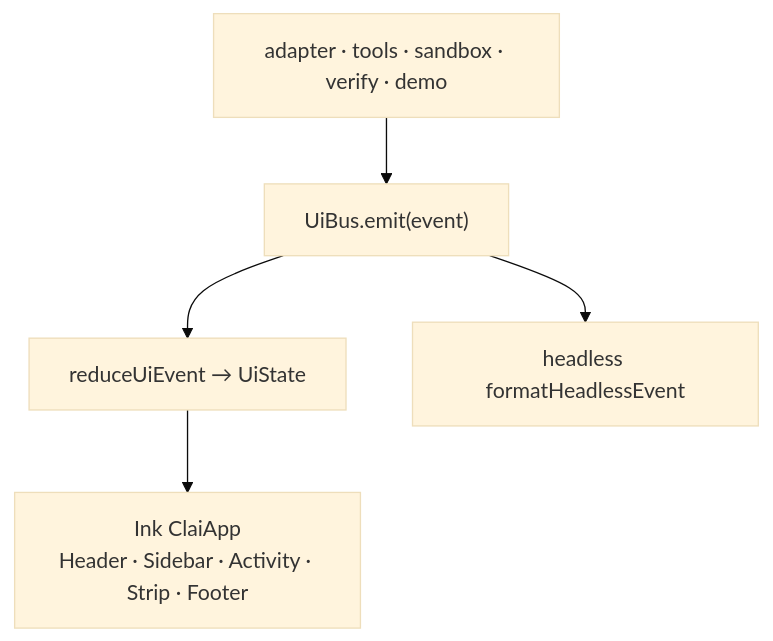
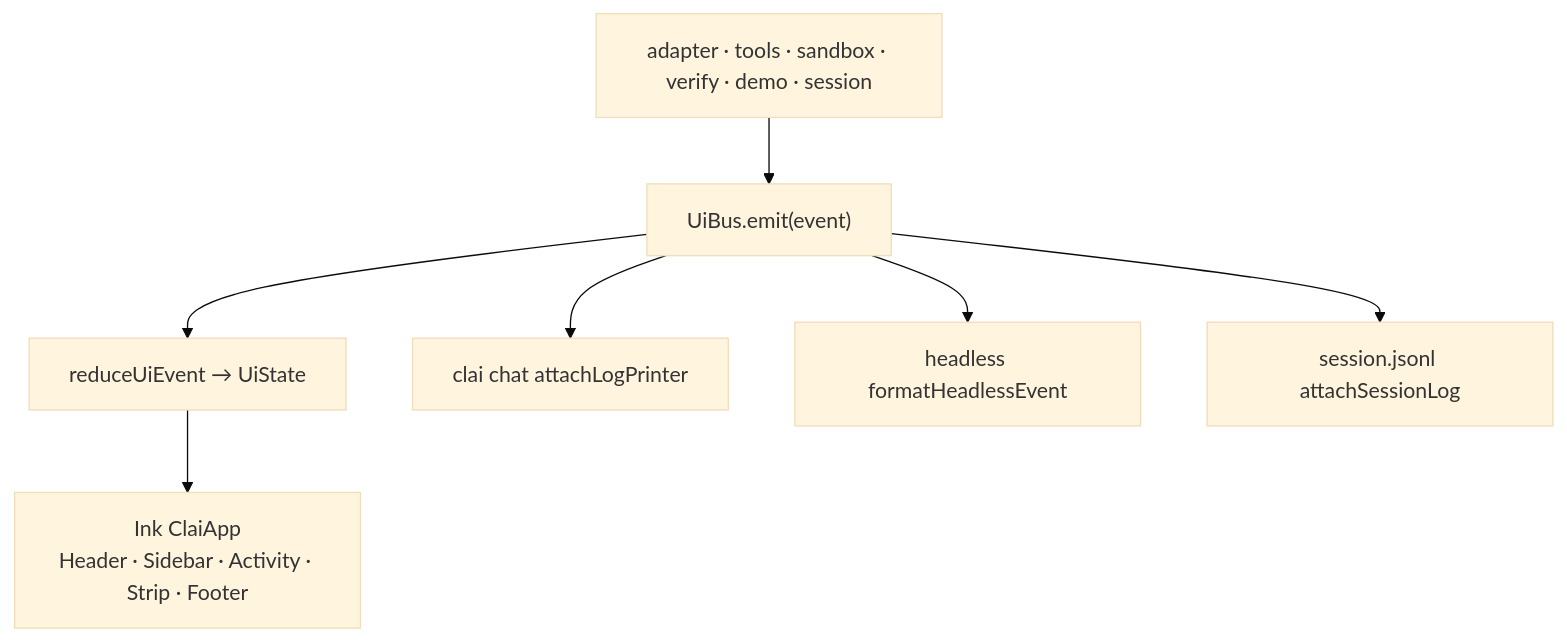
One commit to rajofearth/CodeRush2.0_TeamKnull changed the eighth of 10 diagrams in docs/ARCHITECTURE.md. Above: the diagram before and after it, drawn with Mermaid (base theme). The commit also changed other lines of this file, not shown here.

Commit message:
docs: sync ARCHITECTURE.md with current codebase

````diff
--- a/docs/ARCHITECTURE.md
+++ b/docs/ARCHITECTURE.md
@@ -573,13 +605,17 @@
 ```mermaid
 flowchart TB
-  Producers["adapter · tools · sandbox · verify · demo"]
+  Producers["adapter · tools · sandbox · verify · demo · session"]
   Bus["UiBus.emit(event)"]
   Reducer["reduceUiEvent → UiState"]
   Ink["Ink ClaiApp<br/>Header · Sidebar · Activity · Strip · Footer"]
+  ChatLog["clai chat attachLogPrinter"]
   HL["headless formatHeadlessEvent"]
+  SessLog["session.jsonl attachSessionLog"]
 
   Producers --> Bus
   Bus --> Reducer
   Reducer --> Ink
+  Bus --> ChatLog
   Bus --> HL
+  Bus --> SessLog
 ```
````
